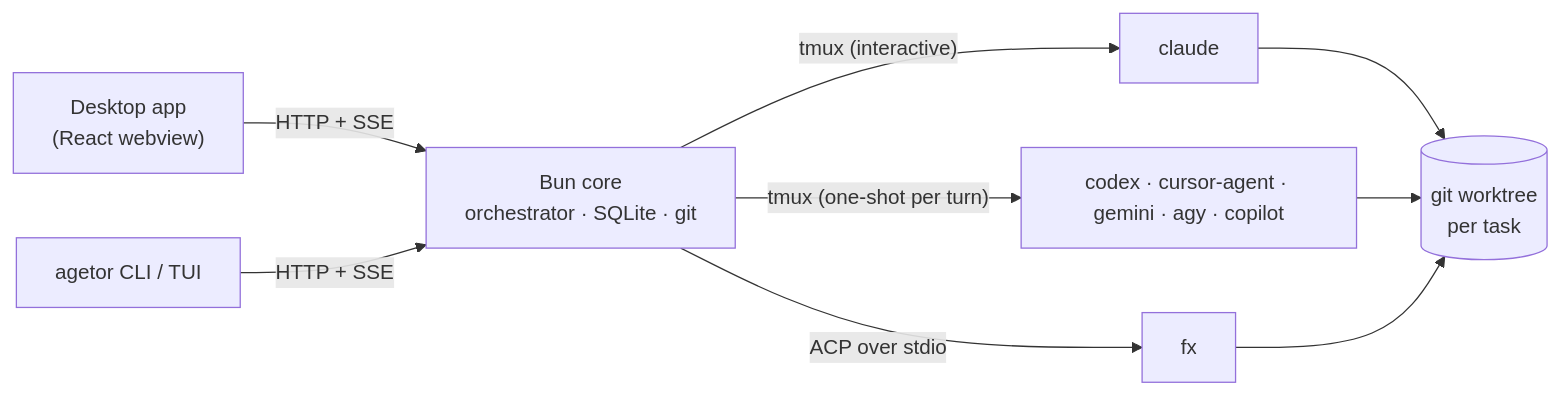
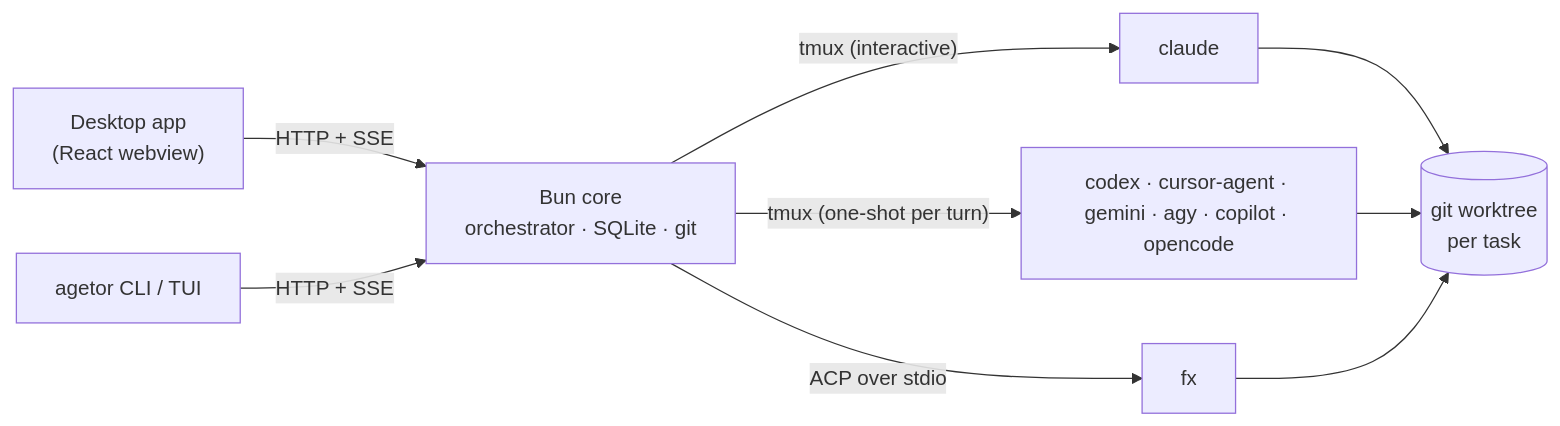
One commit to alamops/agetor changed the second of 2 diagrams in README.md. Above: the diagram before and after it, drawn with Mermaid. The commit also changed other lines of this file and 210 other files, not shown here.

````diff
--- a/README.md
+++ b/README.md
@@ -276,12 +290,12 @@
 ```mermaid
 flowchart LR
     UI["Desktop app<br/>(React webview)"] -- "HTTP + SSE" --> Core
     CLI["agetor CLI / TUI"] -- "HTTP + SSE" --> Core
     Core["Bun core<br/>orchestrator · SQLite · git"]
     Core -- "tmux (interactive)" --> Claude["claude"]
-    Core -- "tmux (one-shot per turn)" --> OneShot["codex · cursor-agent · gemini · agy · copilot"]
+    Core -- "tmux (one-shot per turn)" --> OneShot["codex · cursor-agent · gemini · agy · copilot · opencode"]
     Core -- "ACP over stdio" --> FX["fx"]
     Claude --> WT[("git worktree<br/>per task")]
     OneShot --> WT
     FX --> WT
 ```
````
